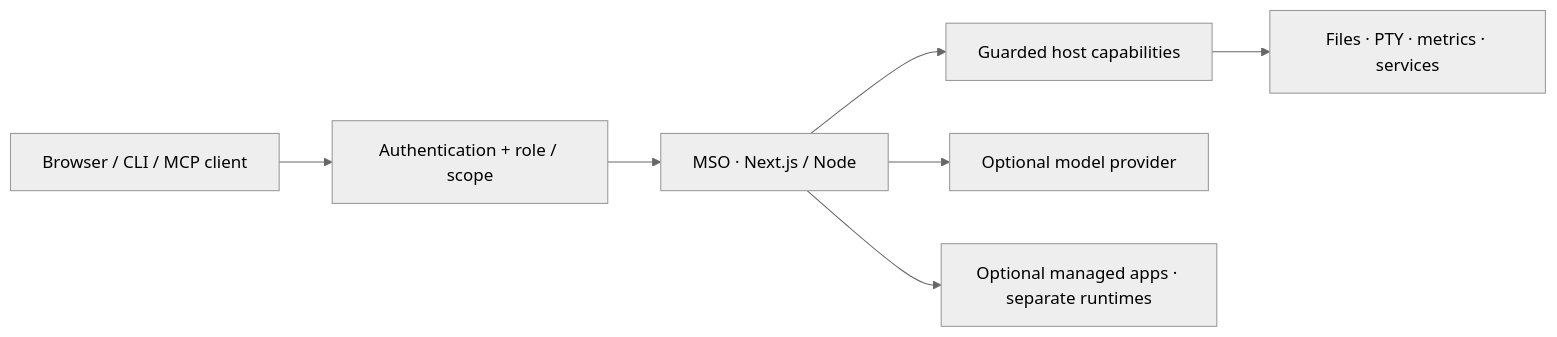
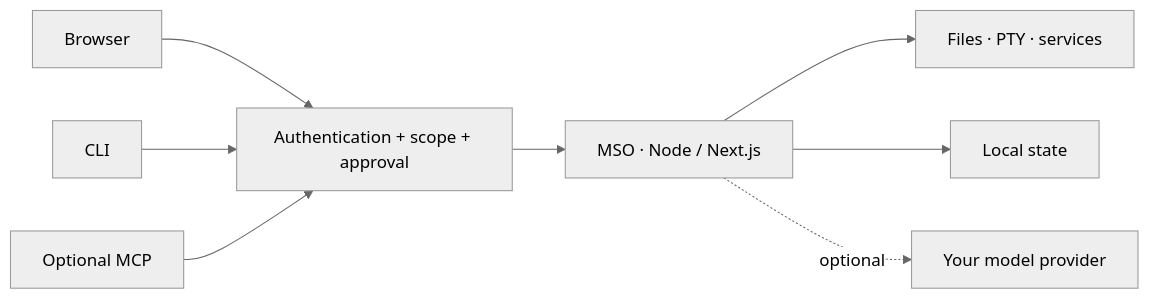
Before and after one commit to rahmanef63/mso: the first of 2 diagrams in README.md, drawn with Mermaid (neutral theme). The commit also changed other lines of this file and 31 other files, not shown here.

````diff
--- a/README.md
+++ b/README.md
@@ -365,9 +30,10 @@
 ```mermaid
 flowchart LR
-  USER["Browser / CLI / MCP client"] --> AUTH["Authentication + role / scope"]
-  AUTH --> MSO["MSO · Next.js / Node"]
-  MSO --> HOST["Guarded host capabilities"]
-  HOST --> FILES["Files · PTY · metrics · services"]
-  MSO --> AI["Optional model provider"]
-  MSO --> APPS["Optional managed apps · separate runtimes"]
+    Browser --> Guard["Authentication + scope + approval"]
+    CLI --> Guard
+    MCP["Optional MCP"] --> Guard
+    Guard --> MSO["MSO · Node / Next.js"]
+    MSO --> Host["Files · PTY · services"]
+    MSO --> State["Local state"]
+    MSO -. optional .-> Model["Your model provider"]
 ```
````
